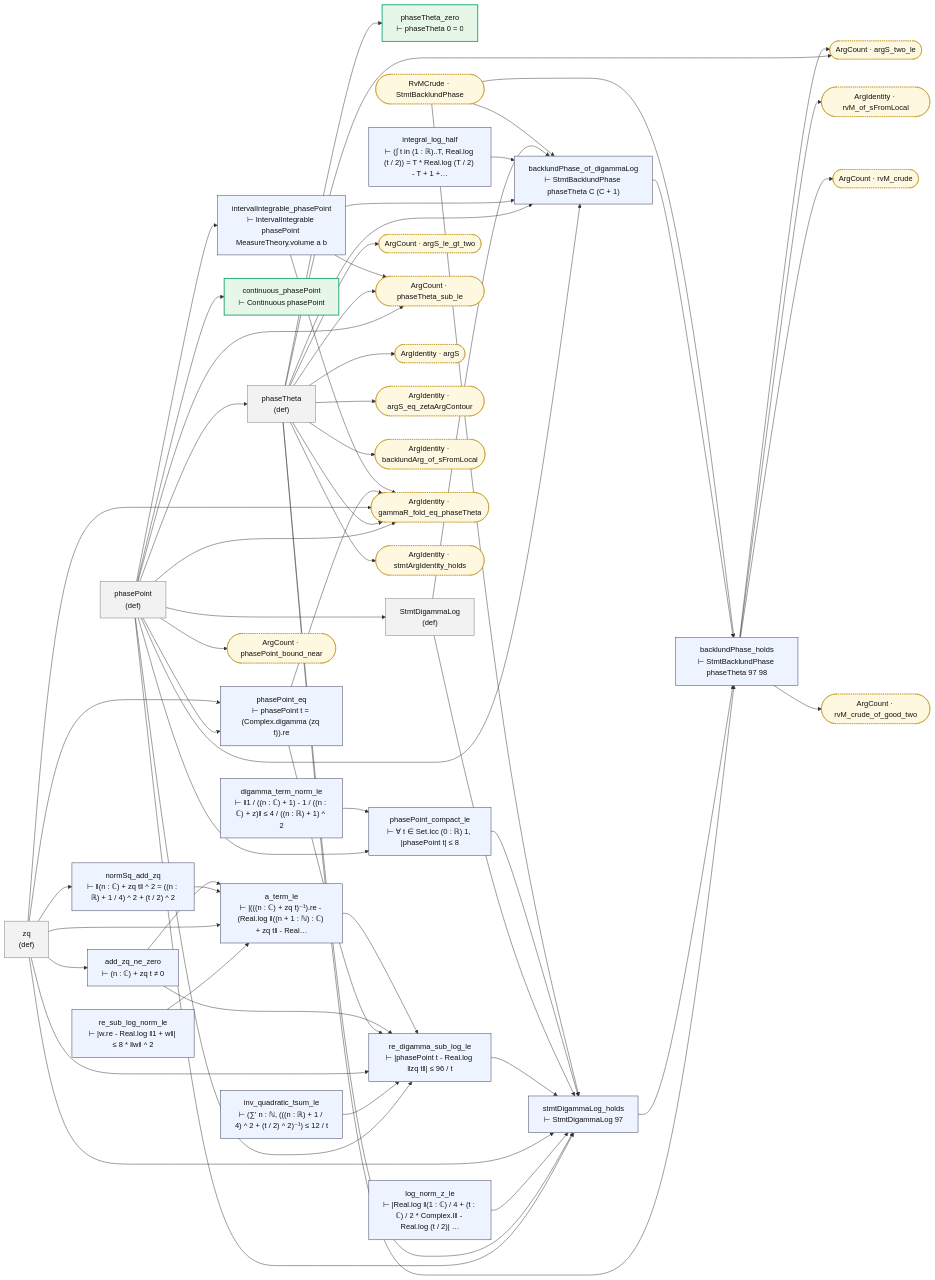
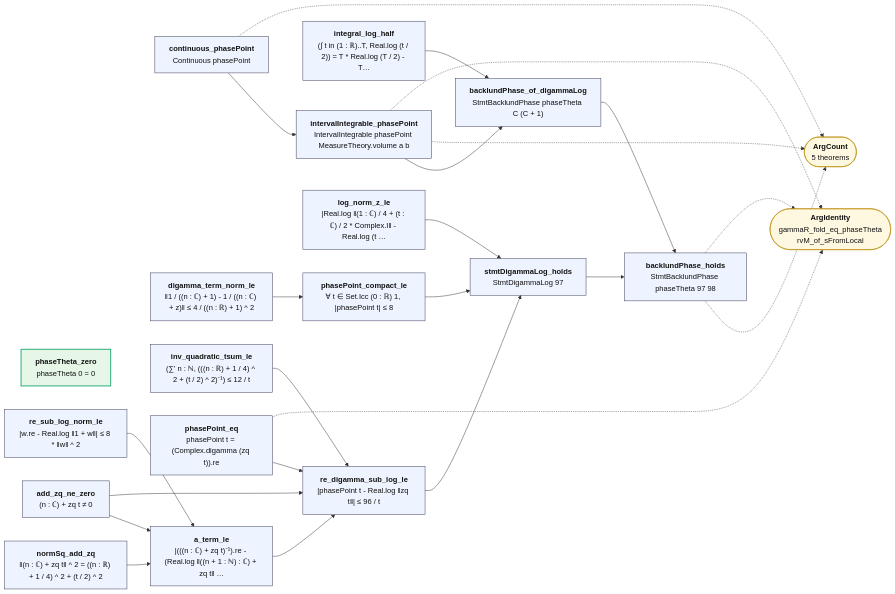
Before and after one commit to juliansambranojr/Primebeat_081426: the diagram in map/lean_stage3/Stirling.md, drawn with Mermaid. The commit also changed other lines of this file and 387 other files, not shown here.

````diff
--- a/map/lean_stage3/Stirling.md
+++ b/map/lean_stage3/Stirling.md
@@ -8,101 +12,49 @@
 ```mermaid
 flowchart LR
-  n0["phasePoint<br/>(def)"]:::dfn
-  n1["phaseTheta<br/>(def)"]:::dfn
-  n2["continuous_phasePoint<br/>⊢ Continuous phasePoint"]:::end_
-  n3["intervalIntegrable_phasePoint<br/>⊢ IntervalIntegrable phasePoint MeasureTheory.volume a b"]:::thm
-  n4["phaseTheta_zero<br/>⊢ phaseTheta 0 = 0"]:::end_
-  n5["integral_log_half<br/>⊢ (∫ t in (1 : ℝ)..T, Real.log (t / 2)) = T * Real.log (T / 2) - T + 1 +…"]:::thm
-  n6["StmtDigammaLog<br/>(def)"]:::dfn
-  n7["backlundPhase_of_digammaLog<br/>⊢ StmtBacklundPhase phaseTheta C (C + 1)"]:::thm
-  n8["digamma_term_norm_le<br/>⊢ ‖1 / ((n : ℂ) + 1) - 1 / ((n : ℂ) + z)‖ ≤ 4 / ((n : ℝ) + 1) ^ 2"]:::thm
-  n9["phasePoint_compact_le<br/>⊢ ∀ t ∈ Set.Icc (0 : ℝ) 1, |phasePoint t| ≤ 8"]:::thm
-  n10["log_norm_z_le<br/>⊢ |Real.log ‖(1 : ℂ) / 4 + (t : ℂ) / 2 * Complex.I‖ - Real.log (t / 2)| …"]:::thm
-  n11["inv_quadratic_tsum_le<br/>⊢ (∑' n : ℕ, (((n : ℝ) + 1 / 4) ^ 2 + (t / 2) ^ 2)⁻¹) ≤ 12 / t"]:::thm
-  n12["re_sub_log_norm_le<br/>⊢ |w.re - Real.log ‖1 + w‖| ≤ 8 * ‖w‖ ^ 2"]:::thm
-  n13["zq<br/>(def)"]:::dfn
-  n14["phasePoint_eq<br/>⊢ phasePoint t = (Complex.digamma (zq t)).re"]:::thm
-  n15["normSq_add_zq<br/>⊢ ‖(n : ℂ) + zq t‖ ^ 2 = ((n : ℝ) + 1 / 4) ^ 2 + (t / 2) ^ 2"]:::thm
-  n16["add_zq_ne_zero<br/>⊢ (n : ℂ) + zq t ≠ 0"]:::thm
-  n17["a_term_le<br/>⊢ |(((n : ℂ) + zq t)⁻¹).re - (Real.log ‖((n + 1 : ℕ) : ℂ) + zq t‖ - Real…"]:::thm
-  n18["re_digamma_sub_log_le<br/>⊢ |phasePoint t - Real.log ‖zq t‖| ≤ 96 / t"]:::thm
-  n19["stmtDigammaLog_holds<br/>⊢ StmtDigammaLog 97"]:::thm
-  n20["backlundPhase_holds<br/>⊢ StmtBacklundPhase phaseTheta 97 98"]:::thm
-  x0(["ArgCount · argS_le_gt_two"]):::ext
-  x1(["ArgCount · argS_two_le"]):::ext
-  x2(["ArgCount · phasePoint_bound_near"]):::ext
-  x3(["ArgCount · phaseTheta_sub_le"]):::ext
-  x4(["ArgCount · rvM_crude"]):::ext
-  x5(["ArgCount · rvM_crude_of_good_two"]):::ext
-  x6(["ArgIdentity · argS"]):::ext
-  x7(["ArgIdentity · argS_eq_zetaArgContour"]):::ext
-  x8(["ArgIdentity · backlundArg_of_sFromLocal"]):::ext
-  x9(["ArgIdentity · gammaR_fold_eq_phaseTheta"]):::ext
-  x10(["ArgIdentity · rvM_of_sFromLocal"]):::ext
-  x11(["ArgIdentity · stmtArgIdentity_holds"]):::ext
-  x12(["RvMCrude · StmtBacklundPhase"]):::ext
+  n0["<b>continuous_phasePoint</b><br/>Continuous phasePoint"]:::thm
+  n1["<b>intervalIntegrable_phasePoint</b><br/>IntervalIntegrable phasePoint MeasureTheory.volume a b"]:::thm
+  n2["<b>phaseTheta_zero</b><br/>phaseTheta 0 = 0"]:::end_
+  n3["<b>integral_log_half</b><br/>(∫ t in (1 : ℝ)..T, Real.log (t / 2)) = T * Real.log (T / 2) - T…"]:::thm
+  n4["<b>backlundPhase_of_digammaLog</b><br/>StmtBacklundPhase phaseTheta C (C + 1)"]:::thm
+  n5["<b>digamma_term_norm_le</b><br/>‖1 / ((n : ℂ) + 1) - 1 / ((n : ℂ) + z)‖ ≤ 4 / ((n : ℝ) + 1) ^ 2"]:::thm
+  n6["<b>phasePoint_compact_le</b><br/>∀ t ∈ Set.Icc (0 : ℝ) 1, |phasePoint t| ≤ 8"]:::thm
+  n7["<b>log_norm_z_le</b><br/>|Real.log ‖(1 : ℂ) / 4 + (t : ℂ) / 2 * Complex.I‖ - Real.log (t …"]:::thm
+  n8["<b>inv_quadratic_tsum_le</b><br/>(∑' n : ℕ, (((n : ℝ) + 1 / 4) ^ 2 + (t / 2) ^ 2)⁻¹) ≤ 12 / t"]:::thm
+  n9["<b>re_sub_log_norm_le</b><br/>|w.re - Real.log ‖1 + w‖| ≤ 8 * ‖w‖ ^ 2"]:::thm
+  n10["<b>phasePoint_eq</b><br/>phasePoint t = (Complex.digamma (zq t)).re"]:::thm
+  n11["<b>normSq_add_zq</b><br/>‖(n : ℂ) + zq t‖ ^ 2 = ((n : ℝ) + 1 / 4) ^ 2 + (t / 2) ^ 2"]:::thm
+  n12["<b>add_zq_ne_zero</b><br/>(n : ℂ) + zq t ≠ 0"]:::thm
+  n13["<b>a_term_le</b><br/>|(((n : ℂ) + zq t)⁻¹).re - (Real.log ‖((n + 1 : ℕ) : ℂ) + zq t‖ …"]:::thm
+  n14["<b>re_digamma_sub_log_le</b><br/>|phasePoint t - Real.log ‖zq t‖| ≤ 96 / t"]:::thm
+  n15["<b>stmtDigammaLog_holds</b><br/>StmtDigammaLog 97"]:::thm
+  n16["<b>backlundPhase_holds</b><br/>StmtBacklundPhase phaseTheta 97 98"]:::thm
+  x0(["<b>ArgCount</b><br/>5 theorems"]):::ext
+  x1(["<b>ArgIdentity</b><br/>gammaR_fold_eq_phaseTheta<br/>rvM_of_sFromLocal"]):::ext
   n0 --> n1
-  n0 --> n14
-  n0 --> n18
-  n0 --> n19
-  n0 --> n2
-  n0 --> n3
-  n0 --> n6
-  n0 --> n7
-  n0 --> n9
-  n0 --> x2
-  n0 --> x3
-  n0 --> x9
-  n1 --> n19
-  n1 --> n20
   n1 --> n4
-  n1 --> n7
-  n1 --> x0
-  n1 --> x1
-  n1 --> x11
-  n1 --> x3
-  n1 --> x6
-  n1 --> x7
-  n1 --> x8
-  n1 --> x9
-  n10 --> n19
-  n11 --> n18
-  n12 --> n17
+  n10 --> n14
+  n11 --> n13
+  n12 --> n13
+  n12 --> n14
   n13 --> n14
-  n13 --> n15
-  n13 --> n16
-  n13 --> n17
-  n13 --> n18
-  n13 --> n19
-  n13 --> x9
-  n14 --> n18
-  n14 --> x9
-  n15 --> n17
-  n16 --> n17
-  n16 --> n18
-  n17 --> n18
-  n18 --> n19
-  n19 --> n20
-  n20 --> x1
-  n20 --> x10
-  n20 --> x4
-  n20 --> x5
-  n3 --> n7
-  n3 --> x3
-  n3 --> x9
-  n5 --> n7
-  n6 --> n19
-  n6 --> n7
-  n7 --> n20
-  n8 --> n9
-  n9 --> n19
-  x12 --> n19
-  x12 --> n20
-  x12 --> n7
+  n14 --> n15
+  n15 --> n16
+  n3 --> n4
+  n4 --> n16
+  n5 --> n6
+  n6 --> n15
+  n7 --> n15
+  n8 --> n14
+  n9 --> n13
+  n0 -.-> x0
+  n1 -.-> x0
+  n1 -.-> x1
+  n10 -.-> x1
+  n16 -.-> x0
+  n16 -.-> x1
   classDef thm fill:#eef4ff,stroke:#335,color:#111
-  classDef dfn fill:#f2f2f2,stroke:#777,color:#111
   classDef end_ fill:#e7f7e7,stroke:#2a7,color:#111,stroke-width:2px
   classDef lone fill:#fff,stroke:#999,color:#111,stroke-dasharray:4 3
   classDef bad fill:#ffe5e5,stroke:#c22,color:#111,stroke-width:2px
-  classDef ext fill:#fff8e1,stroke:#b80,color:#111,stroke-dasharray:2 2
+  classDef ext fill:#fff8e1,stroke:#b80,color:#111
 ```
````
